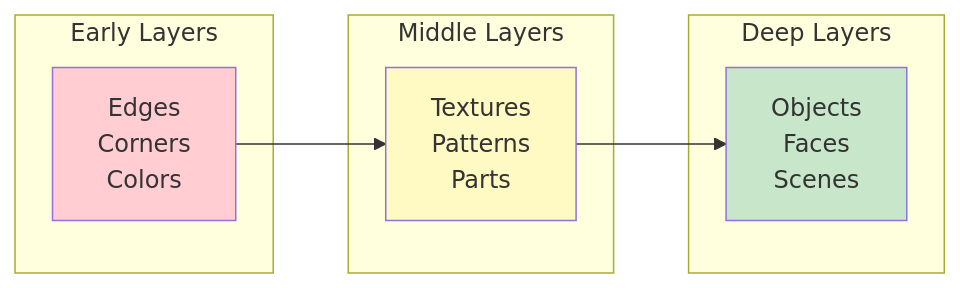
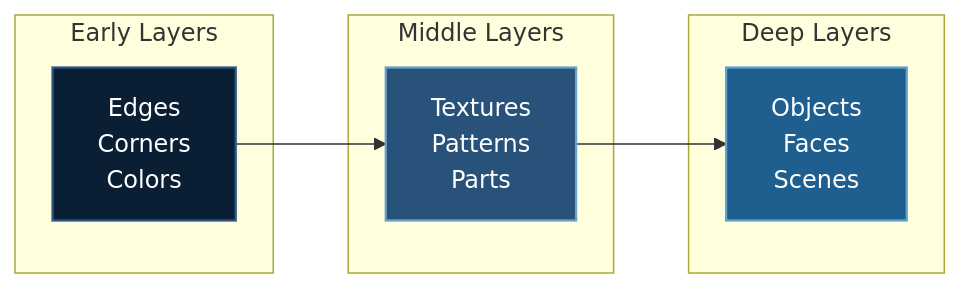
Before and after one commit to yiqiao-yin/deepspeed-course: diagram 11 of 14 in docusaurus-docs/docs/tutorials/basic/convnet.md, drawn with Mermaid. The commit also changed other lines of this file and 12 other files, not shown here.

````diff
--- a/docusaurus-docs/docs/tutorials/basic/convnet.md
+++ b/docusaurus-docs/docs/tutorials/basic/convnet.md
@@ -458,20 +458,20 @@
 ```mermaid
 flowchart LR
     subgraph "Early Layers"
         E["Edges<br/>Corners<br/>Colors"]
     end
 
     subgraph "Middle Layers"
         M["Textures<br/>Patterns<br/>Parts"]
     end
 
     subgraph "Deep Layers"
         D["Objects<br/>Faces<br/>Scenes"]
     end
 
     E --> M --> D
 
-    style E fill:#ffcdd2
-    style M fill:#fff9c4
-    style D fill:#c8e6c9
+    style E fill:#0a1f33,stroke:#2d5a86,stroke-width:1.5px,color:#ffffff
+    style M fill:#28527a,stroke:#6aa2cd,stroke-width:1.5px,color:#ffffff
+    style D fill:#1e5f8f,stroke:#63a3d0,stroke-width:1.5px,color:#ffffff
 ```
````
